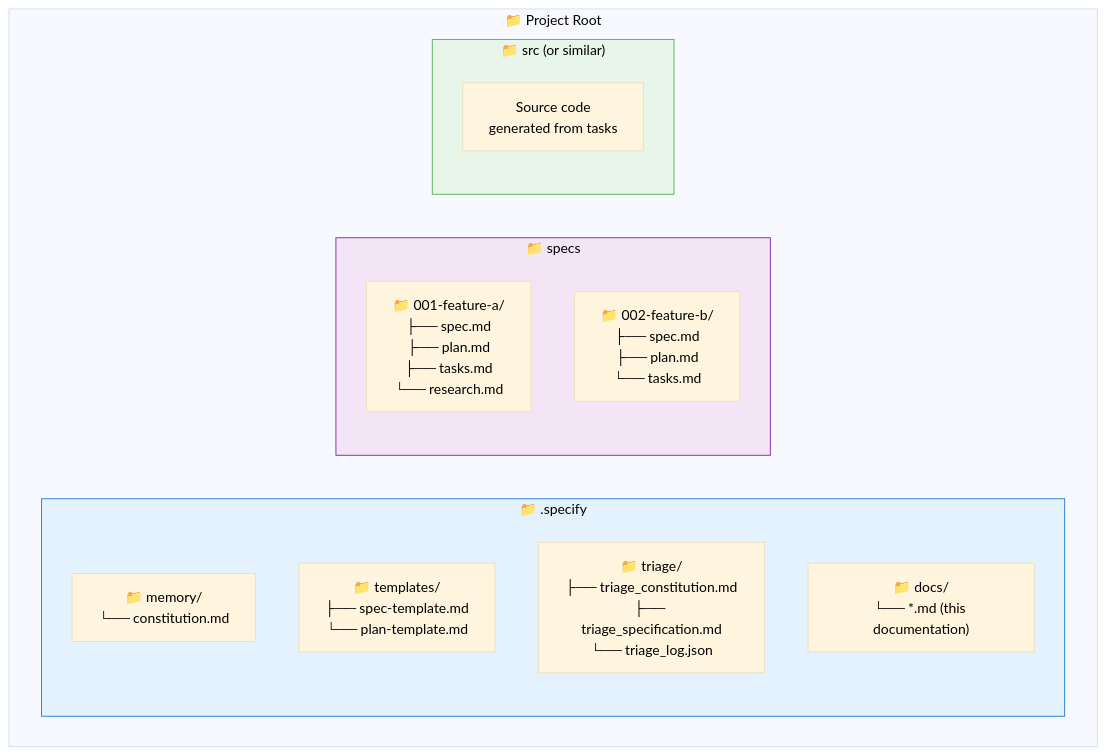
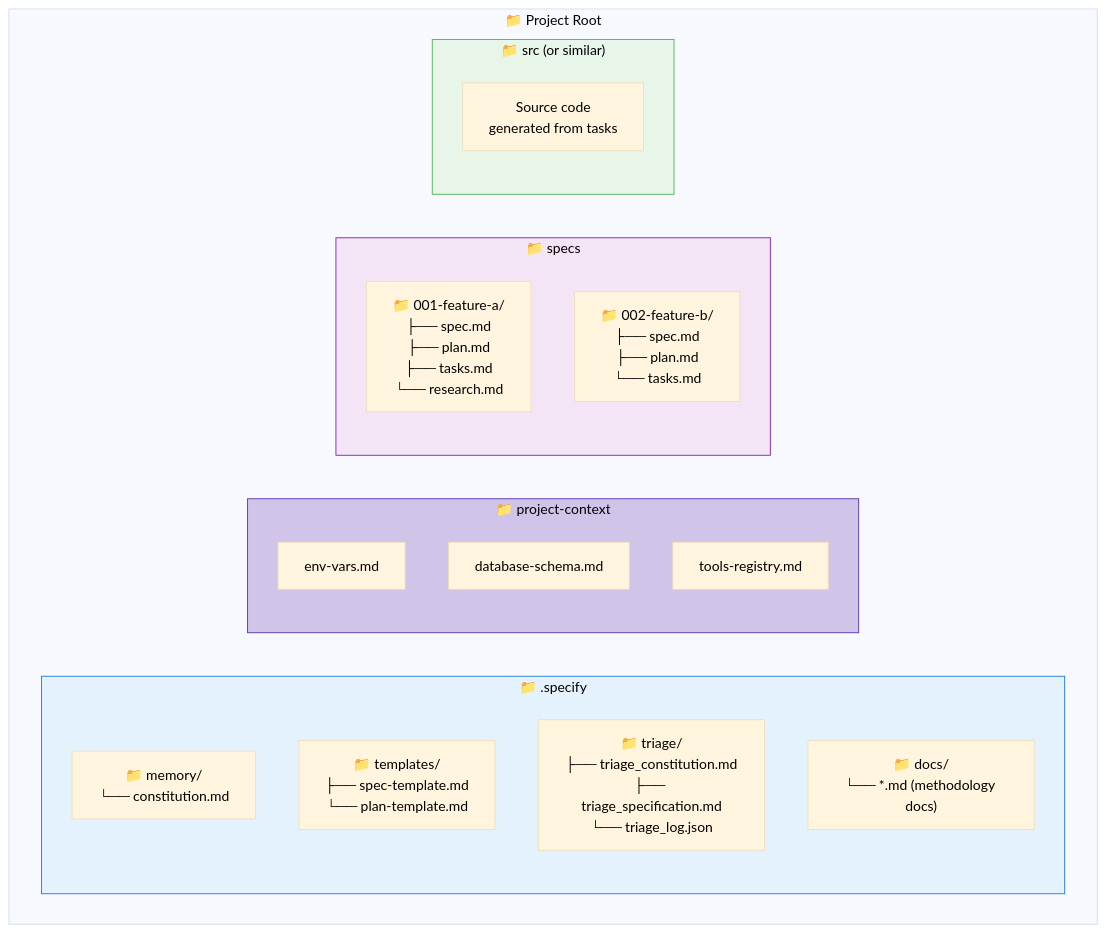
The third of 7 diagrams in .specify/docs/flows/artifact-relationships.md (Trindade11/Teste), drawn with Mermaid before and after one commit. The commit also changed other lines of this file and 25 other files, not shown here.

````diff
--- a/.specify/docs/flows/artifact-relationships.md
+++ b/.specify/docs/flows/artifact-relationships.md
@@ -100,25 +110,32 @@
 ```mermaid
 %%{init: {'theme': 'base', 'themeVariables': { 'primaryTextColor': '#000', 'secondaryTextColor': '#000', 'tertiaryTextColor': '#000', 'lineColor': '#333'}}}%%
 flowchart TB
     subgraph Root["📁 Project Root"]
         subgraph Specify["📁 .specify"]
             Memory["📁 memory/<br/>└── constitution.md"]
             Templates["📁 templates/<br/>├── spec-template.md<br/>└── plan-template.md"]
             Triage["📁 triage/<br/>├── triage_constitution.md<br/>├── triage_specification.md<br/>└── triage_log.json"]
-            Docs["📁 docs/<br/>└── *.md (this documentation)"]
+            Docs["📁 docs/<br/>└── *.md (methodology docs)"]
+        end
+        
+        subgraph ProjContext["📁 project-context"]
+            Env["env-vars.md"]
+            Schema["database-schema.md"]
+            Tools["tools-registry.md"]
         end
         
         subgraph Specs["📁 specs"]
             Feature1["📁 001-feature-a/<br/>├── spec.md<br/>├── plan.md<br/>├── tasks.md<br/>└── research.md"]
             Feature2["📁 002-feature-b/<br/>├── spec.md<br/>├── plan.md<br/>└── tasks.md"]
         end
         
         subgraph Source["📁 src (or similar)"]
             Code["Source code<br/>generated from tasks"]
         end
     end
     
     style Specify fill:#e3f2fd,stroke:#1976d2,color:#000
+    style ProjContext fill:#d1c4e9,stroke:#512da8,color:#000
     style Specs fill:#f3e5f5,stroke:#7b1fa2,color:#000
     style Source fill:#e8f5e9,stroke:#4caf50,color:#000
 ```
````
